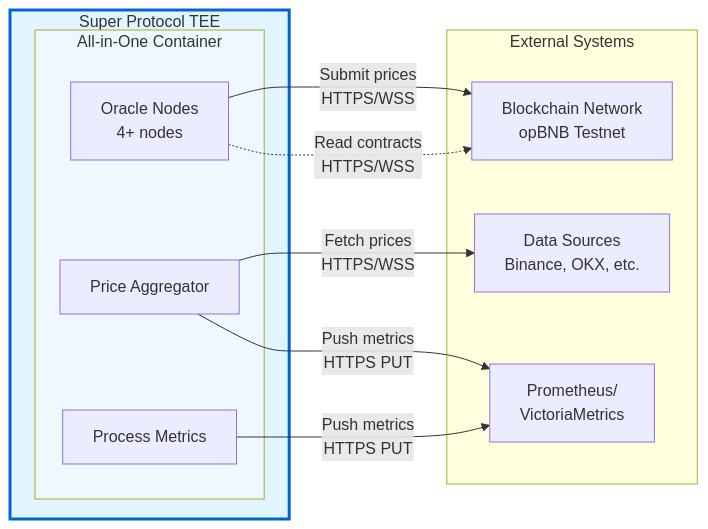
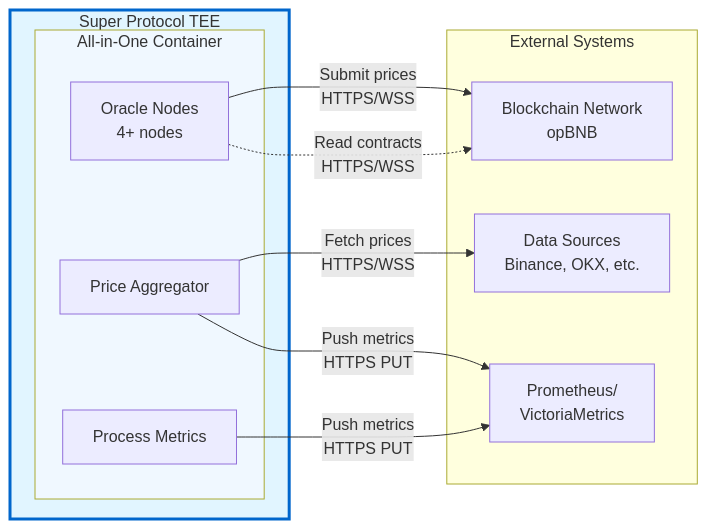
Before and after one commit to Super-Protocol/chainlink: the fifth of 9 diagrams in docs/ARCHITECTURE.md, drawn with Mermaid. The commit also changed other lines of this file and 1 other file, not shown here.

First line of the commit message:
docs(architecture): update opBNB references to use mainnet endpoints

````diff
--- a/docs/ARCHITECTURE.md
+++ b/docs/ARCHITECTURE.md
@@ -518,27 +518,27 @@
 ```mermaid
 graph LR
     subgraph TEE["Super Protocol TEE"]
         subgraph Container["All-in-One Container"]
             ON[Oracle Nodes<br/>4+ nodes]
             PA[Price Aggregator]
             PM[Process Metrics]
         end
     end
 
     subgraph External["External Systems"]
-        BC[Blockchain Network<br/>opBNB Testnet]
+        BC[Blockchain Network<br/>opBNB]
         DS[Data Sources<br/>Binance, OKX, etc.]
         PROM[Prometheus/<br/>VictoriaMetrics]
     end
 
     ON -->|Submit prices<br/>HTTPS/WSS| BC
     ON -.->|Read contracts<br/>HTTPS/WSS| BC
 
     PA -->|Fetch prices<br/>HTTPS/WSS| DS
 
     PA -->|Push metrics<br/>HTTPS PUT| PROM
     PM -->|Push metrics<br/>HTTPS PUT| PROM
 
     style TEE fill:#e1f5ff,stroke:#0066cc,stroke-width:3px
     style Container fill:#f0f8ff
 ```
````
